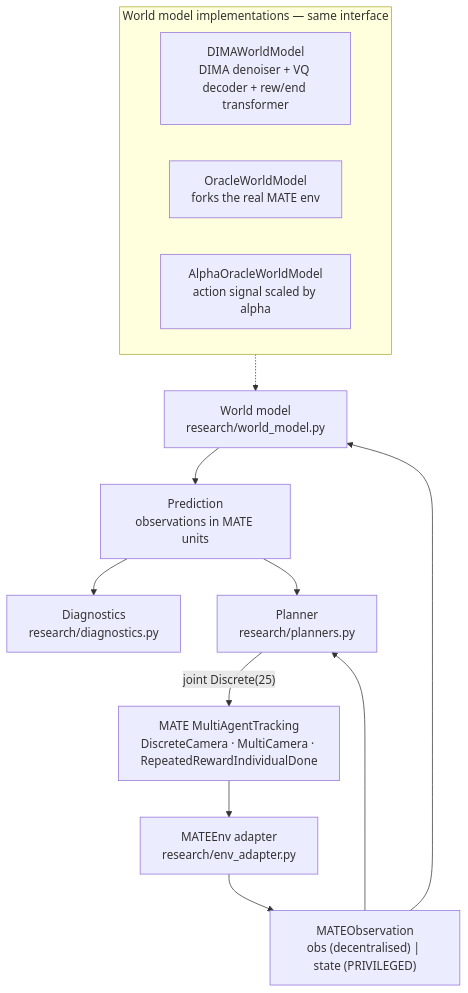
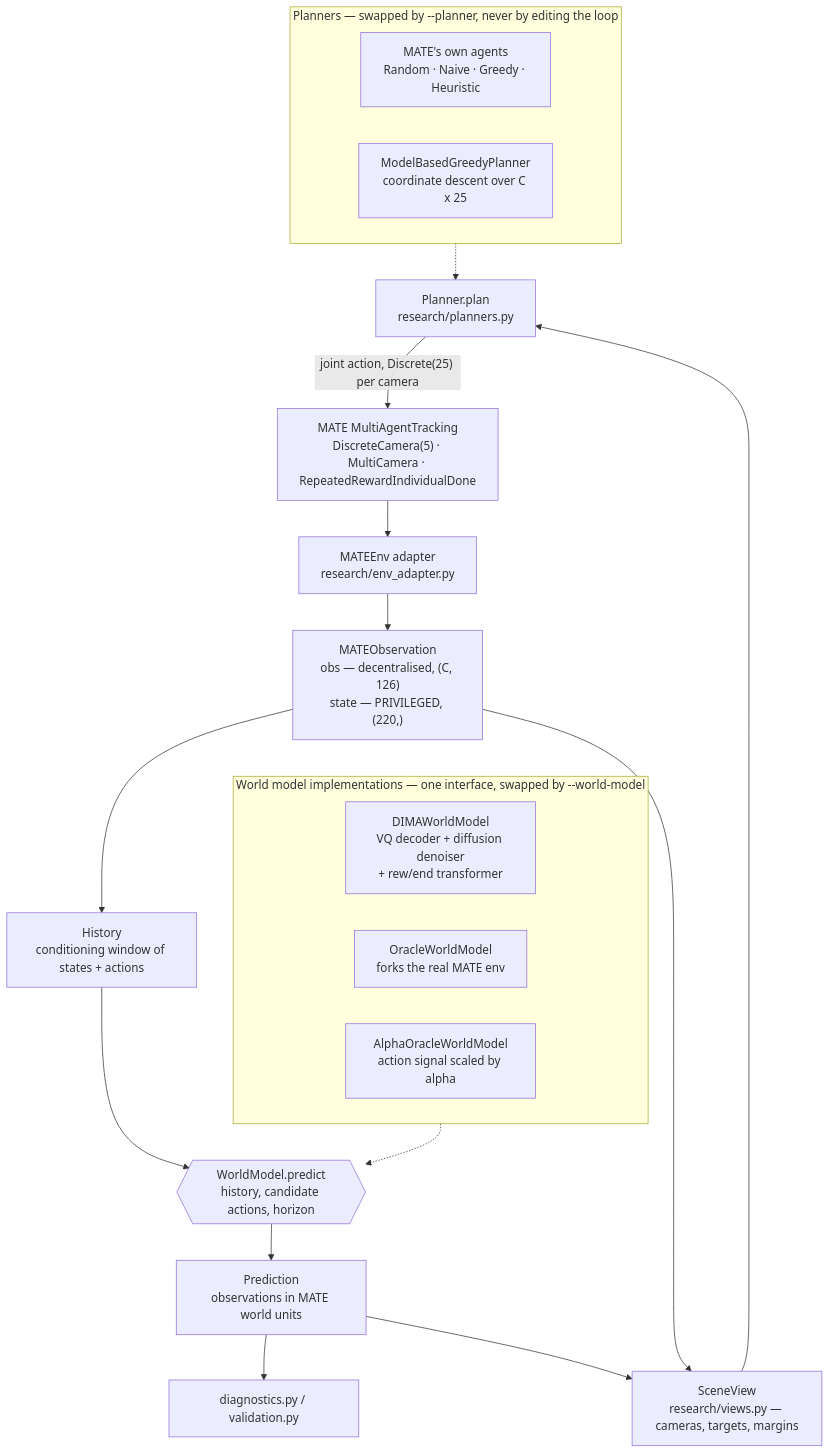
The second of 3 diagrams in README.md (Peckaaaa/Diffusion-inspired-Multi-Agent-on-MATE), drawn with Mermaid before and after one commit. The commit also changed other lines of this file and 3 other files, not shown here.

````diff
--- a/README.md
+++ b/README.md
@@ -26,22 +79,35 @@
 ```mermaid
 flowchart TD
-    ENV["MATE MultiAgentTracking<br/>DiscreteCamera · MultiCamera · RepeatedRewardIndividualDone"]
+    ENV["MATE MultiAgentTracking<br/>DiscreteCamera(5) · MultiCamera · RepeatedRewardIndividualDone"]
     AD["MATEEnv adapter<br/>research/env_adapter.py"]
-    OBS["MATEObservation<br/>obs (decentralised) | state (PRIVILEGED)"]
-    WM["World model<br/>research/world_model.py"]
-    PRED["Prediction<br/>observations in MATE units"]
-    DIAG["Diagnostics<br/>research/diagnostics.py"]
-    PLAN["Planner<br/>research/planners.py"]
+    OBS["MATEObservation<br/>obs — decentralised, (C, 126)<br/>state — PRIVILEGED, (220,)"]
+    HIST["History<br/>conditioning window of states + actions"]
+    WM{{"WorldModel.predict<br/>history, candidate actions, horizon"}}
+    PRED["Prediction<br/>observations in MATE world units"]
+    VIEW["SceneView<br/>research/views.py — cameras, targets, margins"]
+    PLAN["Planner.plan<br/>research/planners.py"]
+    DIAG["diagnostics.py / validation.py"]
 
-    ENV --> AD --> OBS --> WM --> PRED --> DIAG
-    PRED --> PLAN
-    OBS --> PLAN
-    PLAN -->|"joint Discrete(25)"| ENV
+    ENV --> AD --> OBS
+    OBS --> HIST --> WM --> PRED
+    PRED --> VIEW
+    OBS --> VIEW
+    VIEW --> PLAN
+    PRED --> DIAG
+    PLAN -->|"joint action, Discrete(25) per camera"| ENV
 
-    subgraph models["World model implementations — same interface"]
-        DIMA["DIMAWorldModel<br/>DIMA denoiser + VQ decoder + rew/end transformer"]
+    subgraph models["World model implementations — one interface, swapped by --world-model"]
+        direction LR
+        DIMA["DIMAWorldModel<br/>VQ decoder + diffusion denoiser<br/>+ rew/end transformer"]
         ORACLE["OracleWorldModel<br/>forks the real MATE env"]
         ALPHA["AlphaOracleWorldModel<br/>action signal scaled by alpha"]
     end
     models -.-> WM
+
+    subgraph planners["Planners — swapped by --planner, never by editing the loop"]
+        direction LR
+        RG["MATE's own agents<br/>Random · Naive · Greedy · Heuristic"]
+        MB["ModelBasedGreedyPlanner<br/>coordinate descent over C x 25"]
+    end
+    planners -.-> PLAN
 ```
````
